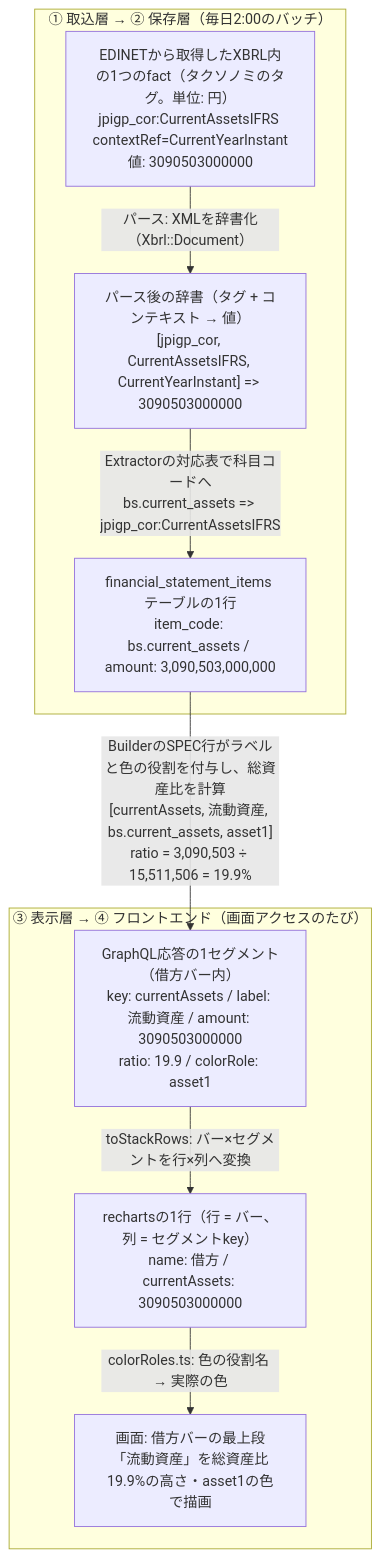
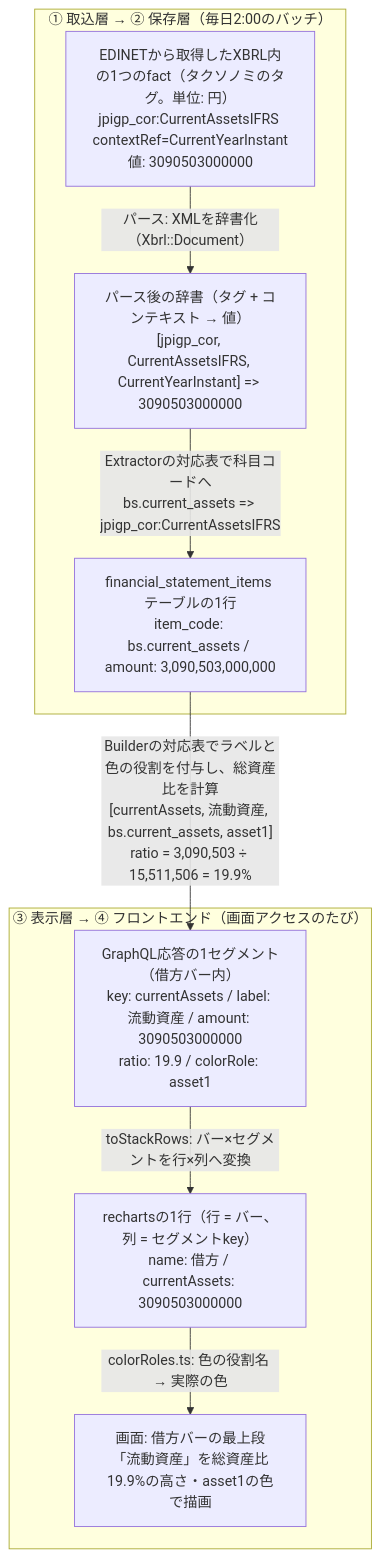
The tenth of 10 diagrams in docs/guide/03_system_overview.md (shin4488/financial-statement), drawn with Mermaid before and after one commit. The commit also changed other lines of this file and 8 other files, not shown here.

````diff
--- a/docs/guide/03_system_overview.md
+++ b/docs/guide/03_system_overview.md
@@ -326,18 +326,18 @@
 ```mermaid
 flowchart TB
     subgraph Ingest["① 取込層 → ② 保存層（毎日2:00のバッチ）"]
         F["EDINETから取得したXBRL内の1つのfact（タクソノミのタグ。単位: 円）<br>jpigp_cor:CurrentAssetsIFRS contextRef=CurrentYearInstant<br>値: 3090503000000"]
         D["パース後の辞書（タグ + コンテキスト → 値）<br>[jpigp_cor, CurrentAssetsIFRS, CurrentYearInstant] => 3090503000000"]
         R["financial_statement_items テーブルの1行<br>item_code: bs.current_assets / amount: 3,090,503,000,000"]
         F -->|"パース: XMLを辞書化（Xbrl::Document）"| D
         D -->|"Extractorの対応表で科目コードへ<br>bs.current_assets => jpigp_cor:CurrentAssetsIFRS"| R
     end
     subgraph Refer["③ 表示層 → ④ フロントエンド（画面アクセスのたび）"]
         S["GraphQL応答の1セグメント（借方バー内）<br>key: currentAssets / label: 流動資産 / amount: 3090503000000<br>ratio: 19.9 / colorRole: asset1"]
         C["rechartsの1行（行 = バー、列 = セグメントkey）<br>name: 借方 / currentAssets: 3090503000000"]
         V["画面: 借方バーの最上段<br>「流動資産」を総資産比19.9%の高さ・asset1の色で描画"]
         S -->|"toStackRows: バー×セグメントを行×列へ変換"| C
         C -->|"colorRoles.ts: 色の役割名 → 実際の色"| V
     end
-    R -->|"BuilderのSPEC行がラベルと色の役割を付与し、総資産比を計算<br>[currentAssets, 流動資産, bs.current_assets, asset1]<br>ratio = 3,090,503 ÷ 15,511,506 = 19.9%"| S
+    R -->|"Builderの対応表でラベルと色の役割を付与し、総資産比を計算<br>[currentAssets, 流動資産, bs.current_assets, asset1]<br>ratio = 3,090,503 ÷ 15,511,506 = 19.9%"| S
 ```
````
